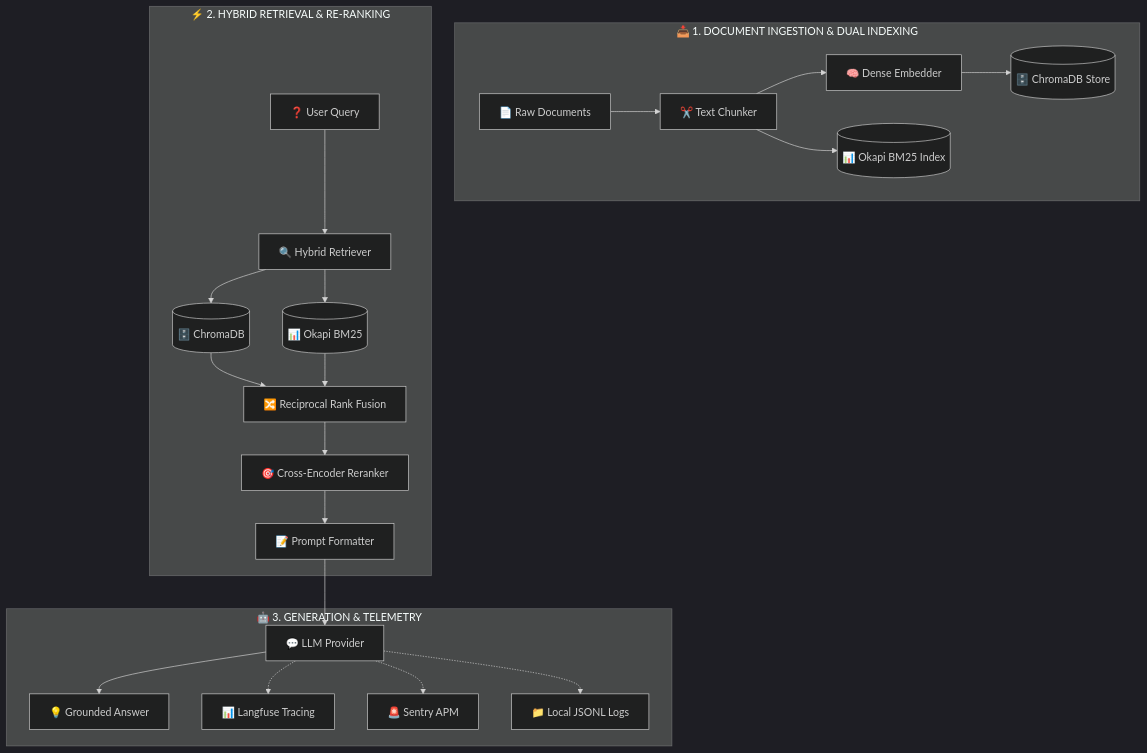
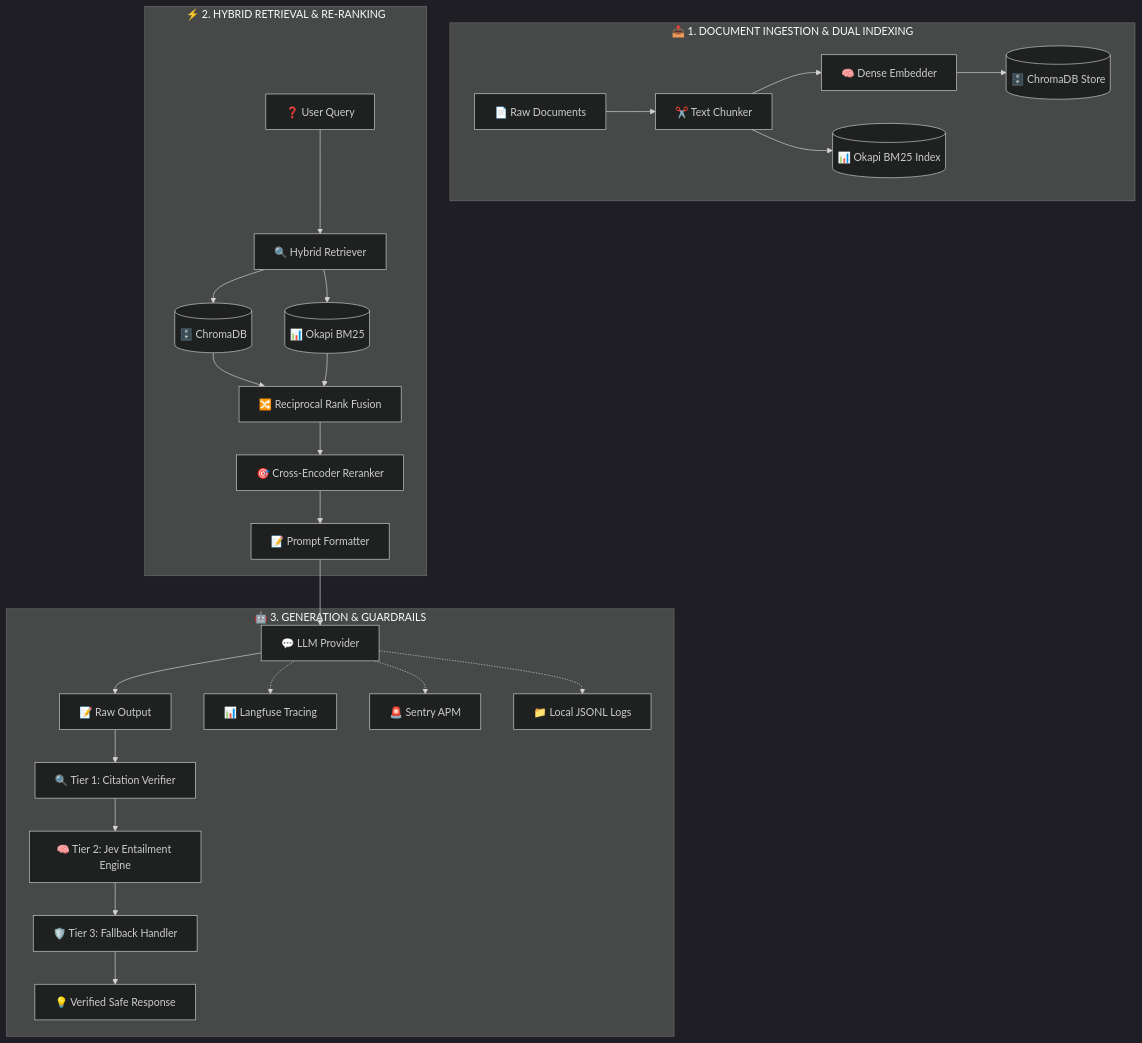
One commit to Souheil007/Rag_Full_Version changed the diagram in README.md. Above: the diagram before and after it, drawn with Mermaid (dark theme). The commit also changed other lines of this file, not shown here.

Commit message:
docs: update README with Plan 3 guardrails architecture, roadmap status, and project structure

````diff
--- a/README.md
+++ b/README.md
@@ -22,28 +22,32 @@
 ```mermaid
 flowchart TD
     subgraph Ingestion ["📥 1. DOCUMENT INGESTION & DUAL INDEXING"]
         A1["📄 Raw Documents"] --> A2["✂️ Text Chunker"]
         A2 --> A3["🧠 Dense Embedder"]
         A3 --> A4[("🗄️ ChromaDB Store")]
         A2 --> A5[("📊 Okapi BM25 Index")]
     end
 
     subgraph Retrieval ["⚡ 2. HYBRID RETRIEVAL & RE-RANKING"]
         B1["❓ User Query"] --> B2["🔍 Hybrid Retriever"]
         B2 --> B3[("🗄️ ChromaDB")]
         B2 --> B4[("📊 Okapi BM25")]
         B3 --> B5["🔀 Reciprocal Rank Fusion"]
         B4 --> B5
         B5 --> B6["🎯 Cross-Encoder Reranker"]
         B6 --> B7["📝 Prompt Formatter"]
     end
 
-    subgraph Generation ["🤖 3. GENERATION & TELEMETRY"]
+    subgraph Generation ["🤖 3. GENERATION & GUARDRAILS"]
         B7 --> C1["💬 LLM Provider"]
-        C1 --> C2["💡 Grounded Answer"]
+        C1 --> C2["📝 Raw Output"]
+        C2 --> G1["🔍 Tier 1: Citation Verifier"]
+        G1 --> G2["🧠 Tier 2: Jev Entailment Engine"]
+        G2 --> G3["🛡️ Tier 3: Fallback Handler"]
+        G3 --> C3["💡 Verified Safe Response"]
 
         C1 -.-> D1["📊 Langfuse Tracing"]
         C1 -.-> D2["🚨 Sentry APM"]
         C1 -.-> D3["📁 Local JSONL Logs"]
     end
 ```
````
